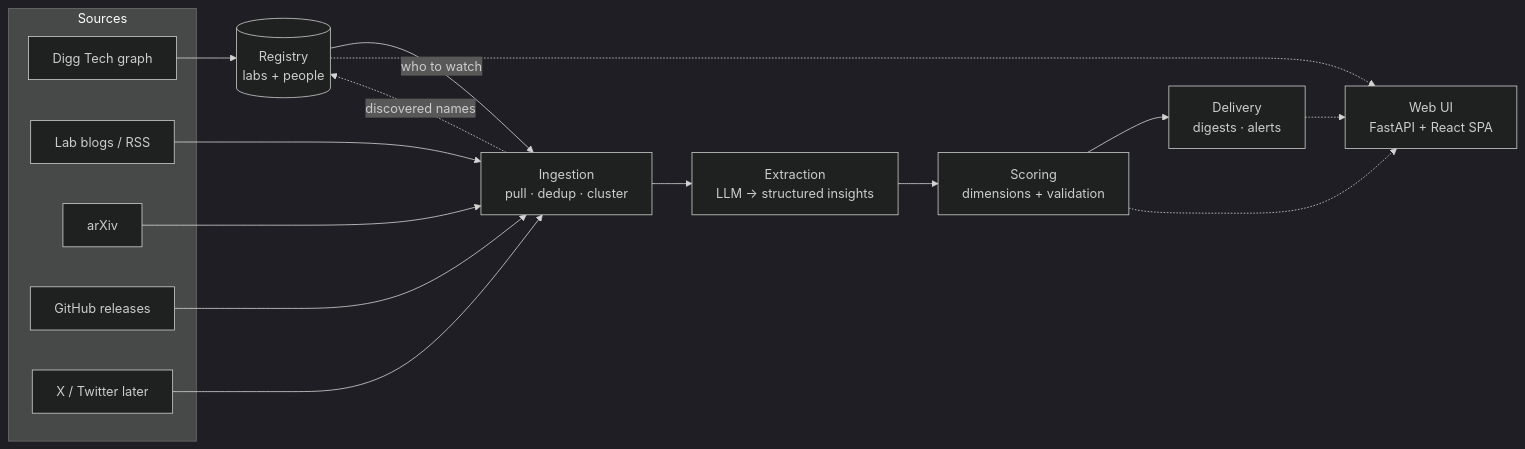
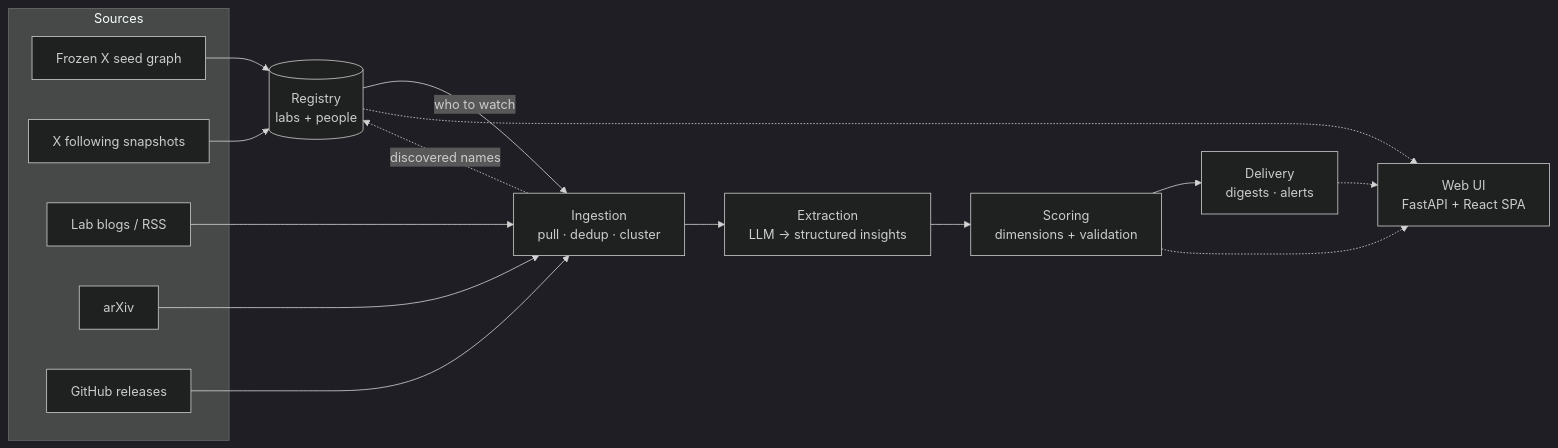
The first of 4 diagrams in docs/architecture/overview.md (AdithyanI/frontier-lab-intelligence), drawn with Mermaid (dark theme) before and after one commit. The commit also changed other lines of this file and 12 other files, not shown here.

````diff
--- a/docs/architecture/overview.md
+++ b/docs/architecture/overview.md
@@ -31,28 +31,29 @@
 ```mermaid
 flowchart LR
     subgraph sources [Sources]
-        DIGG[Digg Tech graph]
+        XSEED[Frozen X seed graph]
+        XFOLLOW[X following snapshots]
         BLOGS[Lab blogs / RSS]
         ARXIV[arXiv]
         GH[GitHub releases]
-        X[X / Twitter later]
     end
 
     REG[(Registry<br/>labs + people)]
     ING[Ingestion<br/>pull · dedup · cluster]
     EXT[Extraction<br/>LLM → structured insights]
     SCO[Scoring<br/>dimensions + validation]
     DEL[Delivery<br/>digests · alerts]
     UI[Web UI<br/>FastAPI + React SPA]
 
-    DIGG --> REG
+    XSEED --> REG
+    XFOLLOW --> REG
     REG -->|who to watch| ING
-    BLOGS & ARXIV & GH & X --> ING
+    BLOGS & ARXIV & GH --> ING
     ING --> EXT
     EXT --> SCO
     SCO --> DEL
     REG -.-> UI
     SCO -.-> UI
     DEL -.-> UI
     ING -.->|discovered names| REG
 ```
````
